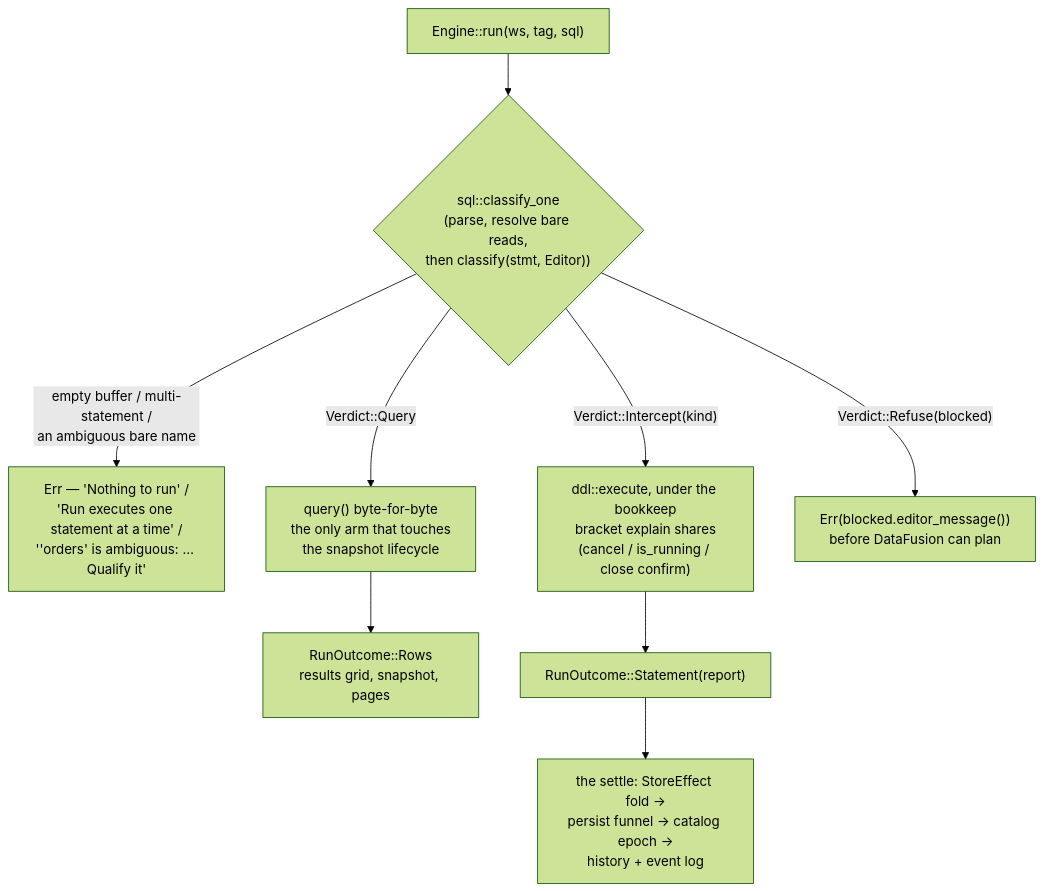
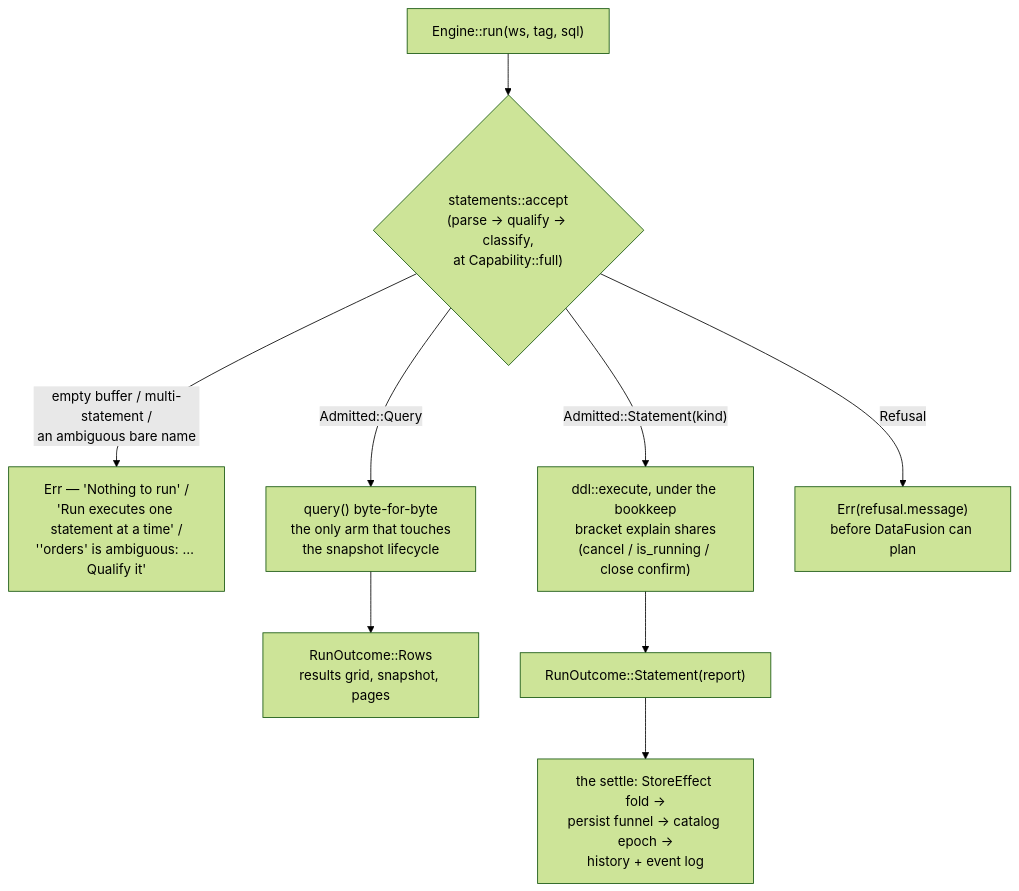
Before and after one commit to alexparlett/strata: the diagram in docs/STATEMENTS_SPEC.md, drawn with Mermaid (forest theme). The commit also changed other lines of this file and 39 other files, not shown here.

````diff
--- a/docs/STATEMENTS_SPEC.md
+++ b/docs/STATEMENTS_SPEC.md
@@ -12,11 +12,11 @@
 ```mermaid
 flowchart TD
-    RUN["Engine::run(ws, tag, sql)"] --> CLS{"sql::classify_one\n(parse, resolve bare reads,\nthen classify(stmt, Editor))"}
+    RUN["Engine::run(ws, tag, sql)"] --> CLS{"statements::accept\n(parse → qualify → classify,\nat Capability::full)"}
     CLS -- "empty buffer / multi-statement /\nan ambiguous bare name" --> ERR1["Err — 'Nothing to run' /\n'Run executes one statement at a time' /\n''orders' is ambiguous: … Qualify it'"]
-    CLS -- "Verdict::Query" --> Q["query() byte-for-byte\nthe only arm that touches\nthe snapshot lifecycle"]
-    CLS -- "Verdict::Intercept(kind)" --> DDL["ddl::execute, under the bookkeep\nbracket explain shares\n(cancel / is_running / close confirm)"]
-    CLS -- "Verdict::Refuse(blocked)" --> ERR2["Err(blocked.editor_message())\nbefore DataFusion can plan"]
+    CLS -- "Admitted::Query" --> Q["query() byte-for-byte\nthe only arm that touches\nthe snapshot lifecycle"]
+    CLS -- "Admitted::Statement(kind)" --> DDL["ddl::execute, under the bookkeep\nbracket explain shares\n(cancel / is_running / close confirm)"]
+    CLS -- "Refusal" --> ERR2["Err(refusal.message)\nbefore DataFusion can plan"]
     Q --> ROWS["RunOutcome::Rows\nresults grid, snapshot, pages"]
     DDL --> REP["RunOutcome::Statement(report)"]
     REP --> SETTLE["the settle: StoreEffect fold →\npersist funnel → catalog epoch →\nhistory + event log"]
 ```
````
